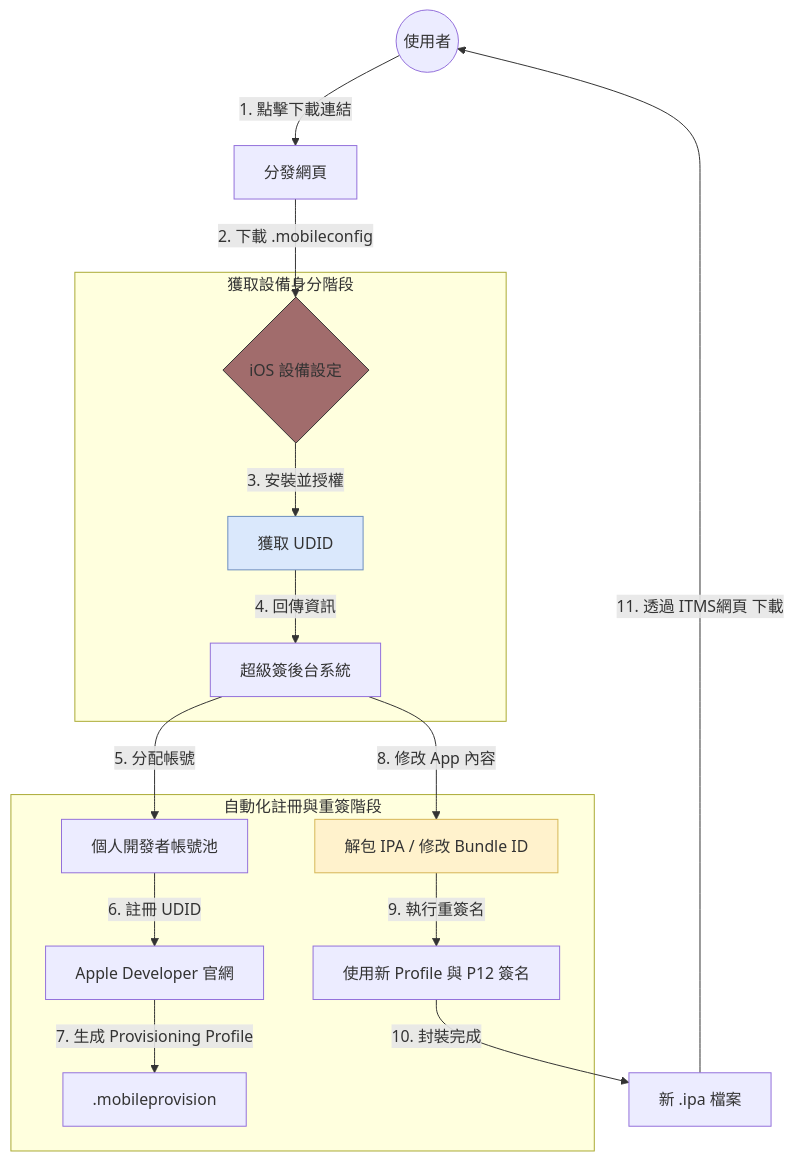
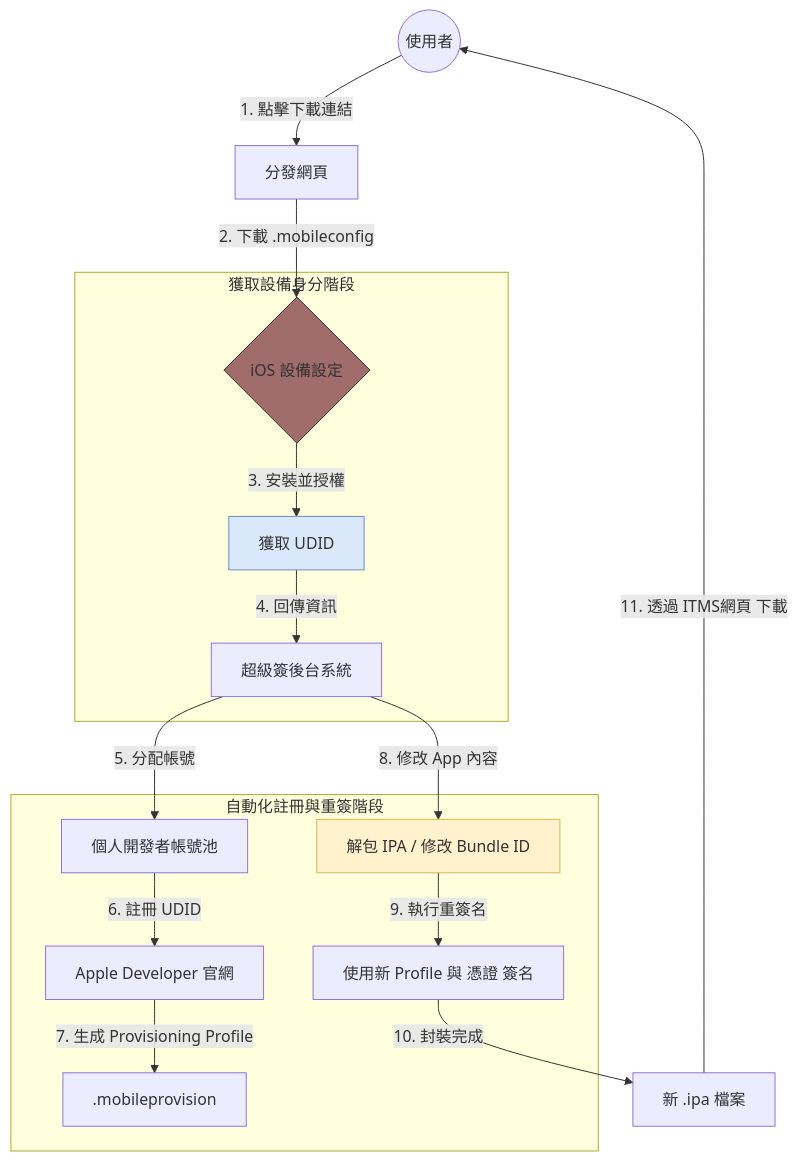
One commit to myronat2am/Myron-At-2AM-Page changed the diagram in apple-development-signing.md. Above: the diagram before and after it, drawn with Mermaid. The commit also changed other lines of this file, not shown here.

````diff
--- a/apple-development-signing.md
+++ b/apple-development-signing.md
@@ -61,26 +61,26 @@
 ```mermaid
 graph TD
     User((使用者)) -->|1. 點擊下載連結| Web[分發網頁]
     Web -->|2. 下載 .mobileconfig| iOS{iOS 設備設定}
     
     subgraph 獲取設備身分階段
     iOS -->|3. 安裝並授權| UDID[獲取 UDID]
     UDID -->|4. 回傳資訊| Server[超級簽後台系統]
     end
     
     subgraph 自動化註冊與重簽階段
     Server -->|5. 分配帳號| AccPool[個人開發者帳號池]
     AccPool -->|6. 註冊 UDID| Apple[Apple Developer 官網]
     Apple -->|7. 生成 Provisioning Profile| Profile[.mobileprovision]
     
     Server -->|8. 修改 App 內容| Pack[解包 IPA / 修改 Bundle ID]
-    Pack -->|9. 執行重簽名| Sign[使用新 Profile 與 P12 簽名]
+    Pack -->|9. 執行重簽名| Sign[使用新 Profile 與 憑證 簽名]
     end
     
     Sign -->|10. 封裝完成| NewIPA[新 .ipa 檔案]
     NewIPA -->|11. 透過 ITMS網頁 下載| User
     
     style iOS fill:#a16c6c,stroke:#333
     style Pack fill:#fff2cc,stroke:#d6b656
     style UDID fill:#dae8fc,stroke:#6c8ebf
 ```
````
